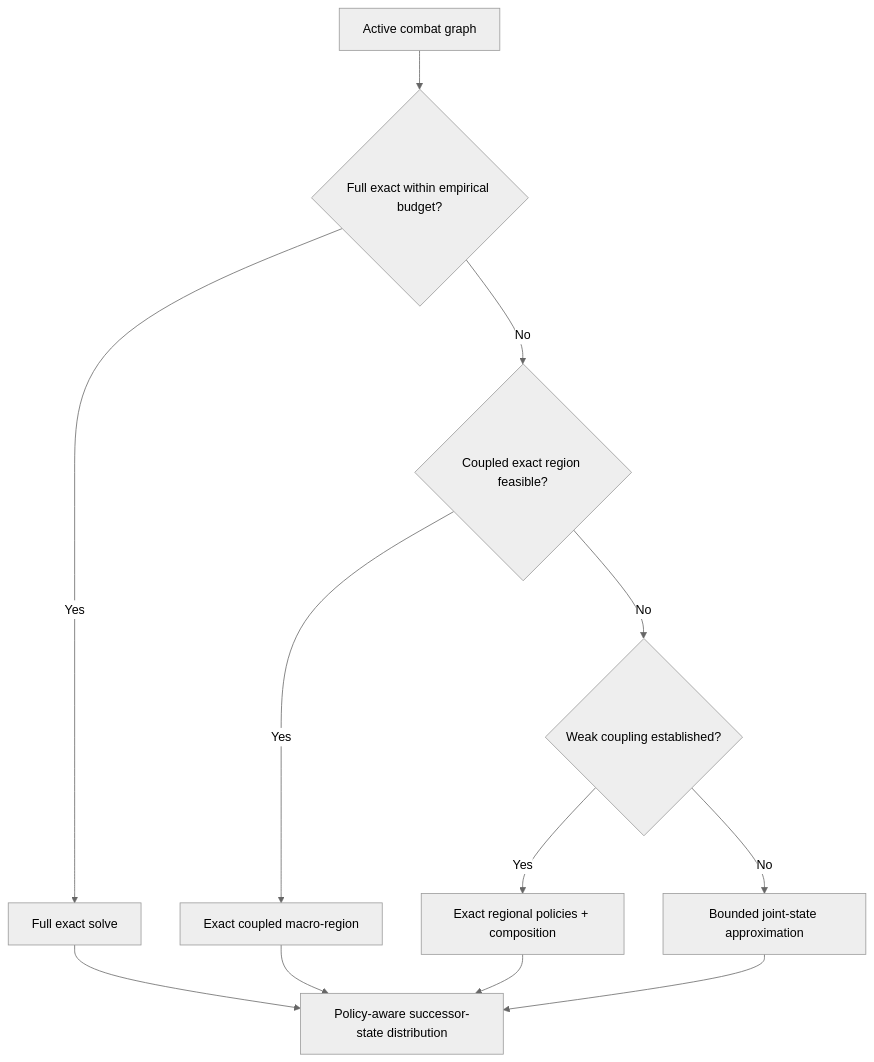
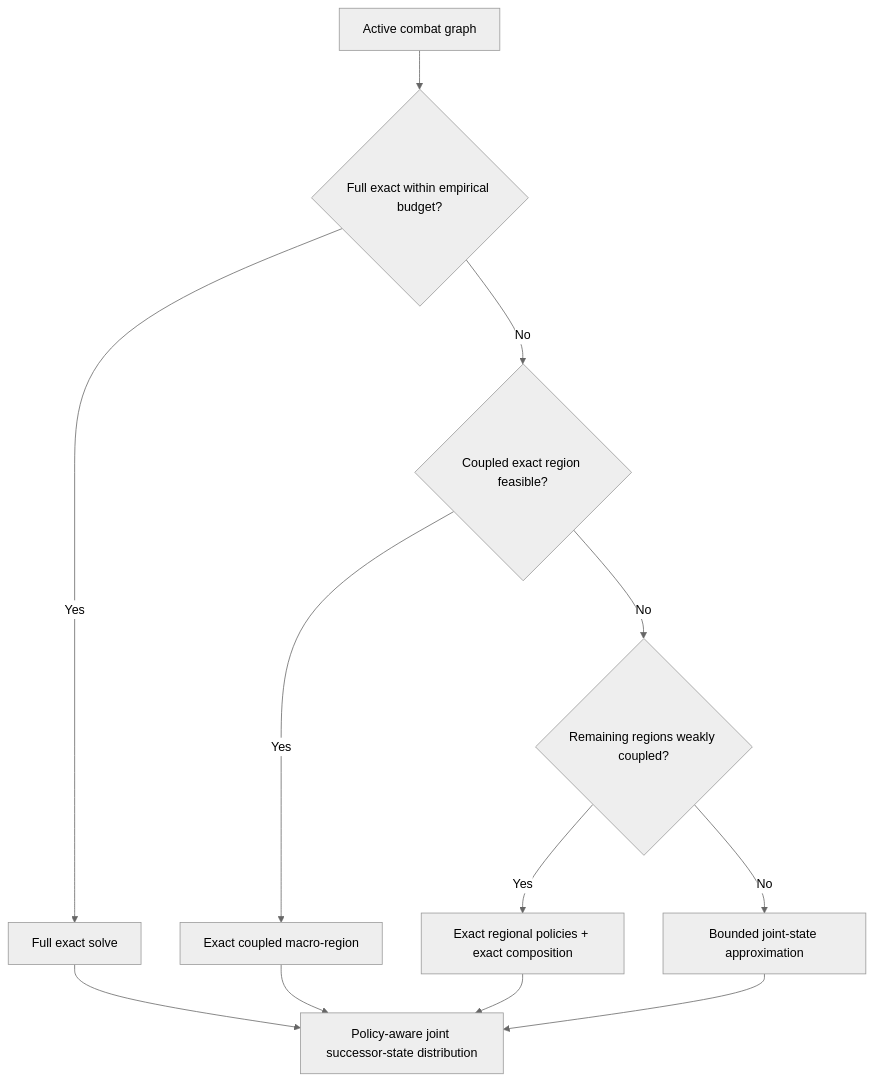
One commit to IkonRules/risk-strategy-optimization changed the diagram in README.md. Above: the diagram before and after it, drawn with Mermaid (neutral theme). The commit also changed other lines of this file and 3 other files, not shown here.

````diff
--- a/README.md
+++ b/README.md
@@ -279,29 +345,28 @@
 ```mermaid
 flowchart TD
     G["Active combat graph"]
     F{"Full exact within empirical budget?"}
     X["Full exact solve"]
 
     C{"Coupled exact region feasible?"}
     M["Exact coupled macro-region"]
 
-    W{"Weak coupling established?"}
-    R["Exact regional policies + composition"]
+    W{"Remaining regions weakly coupled?"}
+    R["Exact regional policies + exact composition"]
 
     A["Bounded joint-state approximation"]
-
-    J["Policy-aware successor-state distribution"]
+    J["Policy-aware joint successor-state distribution"]
 
     G --> F
     F -- Yes --> X
     F -- No --> C
     C -- Yes --> M
     C -- No --> W
     W -- Yes --> R
     W -- No --> A
 
     X --> J
     M --> J
     R --> J
     A --> J
 ```
````
